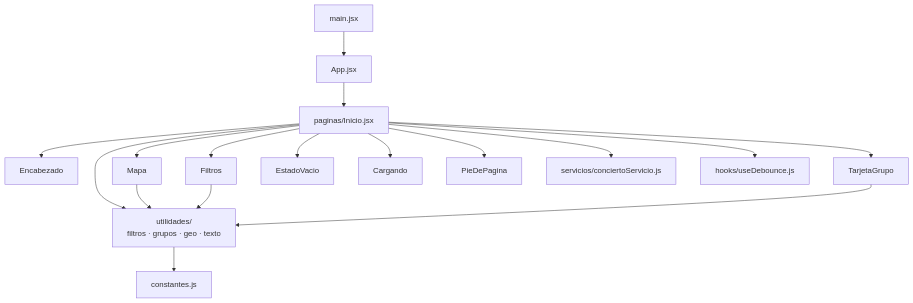
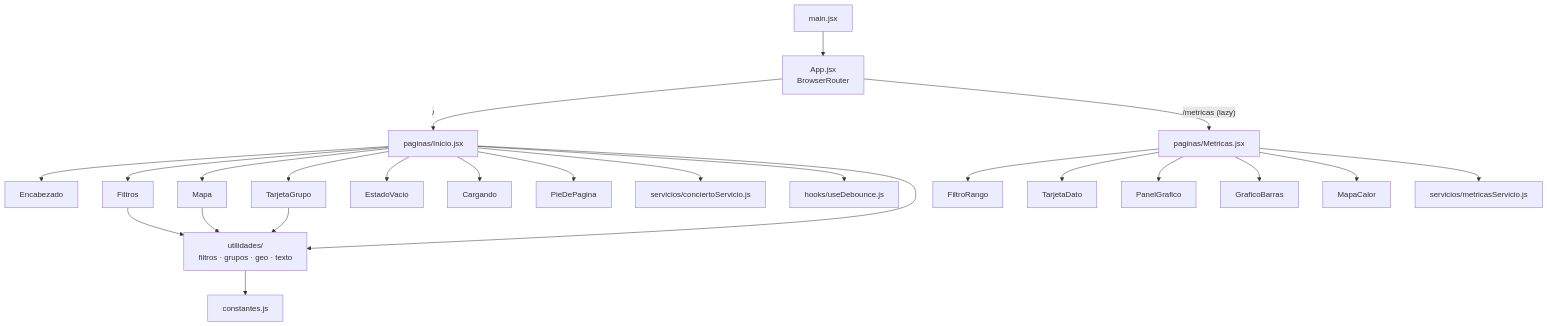
Before and after one commit to FernandezMarcodev/concierto-finder: the fifth of 9 diagrams in docs/ARQUITECTURA.md, drawn with Mermaid. The commit also changed other lines of this file and 12 other files, not shown here.

````diff
--- a/docs/ARQUITECTURA.md
+++ b/docs/ARQUITECTURA.md
@@ -143,12 +153,16 @@
 ```mermaid
 flowchart TD
-    main[main.jsx] --> App[App.jsx] --> Inicio[paginas/Inicio.jsx]
+    main[main.jsx] --> App["App.jsx<br/>BrowserRouter"]
+    App -- "/" --> Inicio[paginas/Inicio.jsx]
+    App -- "/metricas (lazy)" --> Metricas[paginas/Metricas.jsx]
     Inicio --> Encabezado & Filtros & Mapa & TarjetaGrupo & EstadoVacio & Cargando & PieDePagina
+    Metricas --> FiltroRango & TarjetaDato & PanelGrafico & GraficoBarras & MapaCalor
+    Metricas --> servicioM[servicios/metricasServicio.js]
     Inicio --> servicio[servicios/conciertoServicio.js]
     Inicio --> hook[hooks/useDebounce.js]
     Inicio --> util[utilidades/<br/>filtros · grupos · geo · texto]
     Mapa --> util
     Filtros --> util
     TarjetaGrupo --> util
     util --> constantes[constantes.js]
 ```
````
